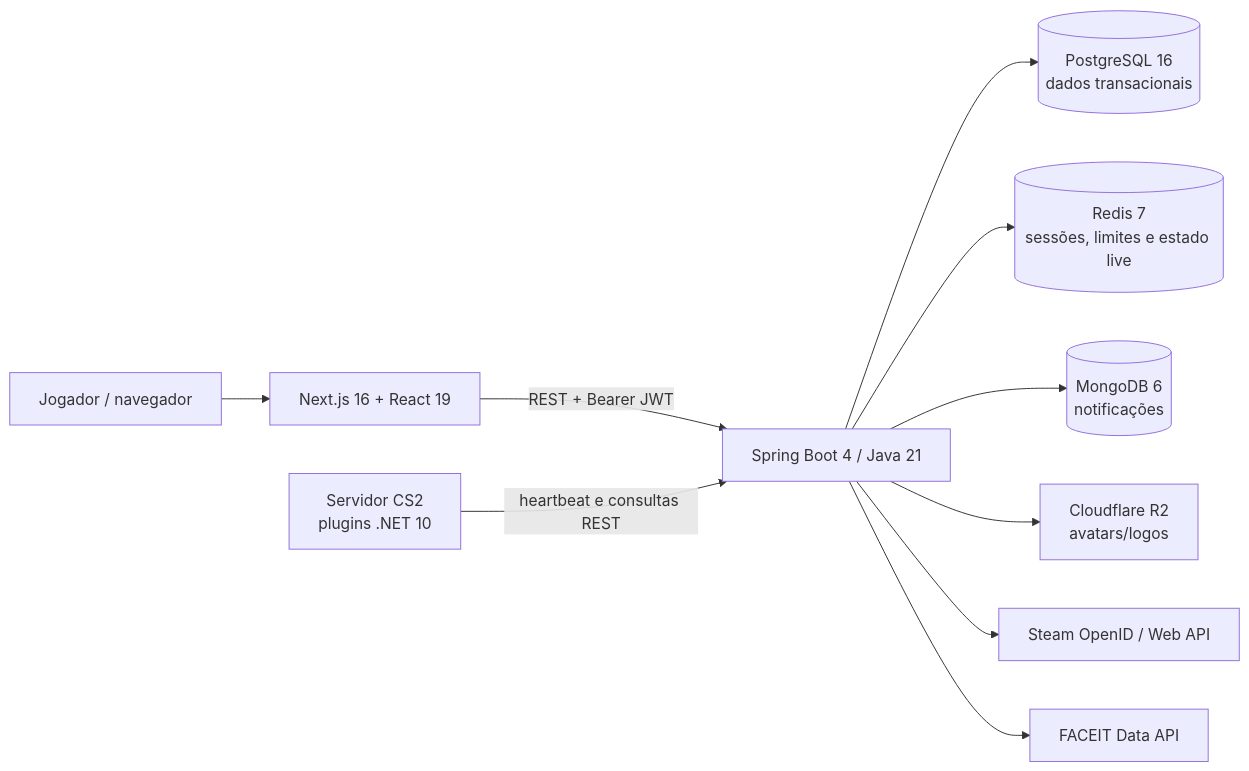
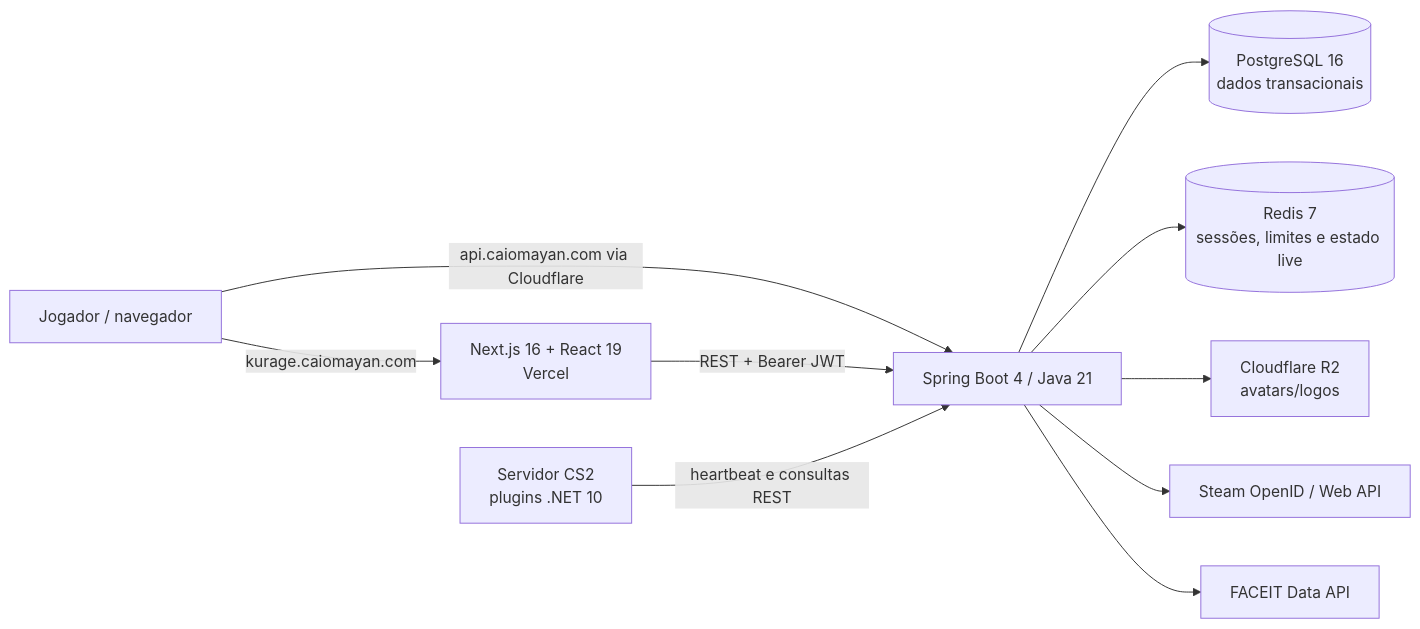
One commit to caiomayan/kurage changed the diagram in README.md. Above: the diagram before and after it, drawn with Mermaid. The commit also changed other lines of this file and 289 other files, not shown here.

````diff
--- a/README.md
+++ b/README.md
@@ -39,12 +41,12 @@
 ```mermaid
 flowchart LR
-    U[Jogador / navegador] --> FE[Next.js 16 + React 19]
+    U[Jogador / navegador] -->|kurage.caiomayan.com| FE[Next.js 16 + React 19<br/>Vercel]
+    U -->|api.caiomayan.com via Cloudflare| API
     FE -->|REST + Bearer JWT| API[Spring Boot 4 / Java 21]
     GS[Servidor CS2<br/>plugins .NET 10] -->|heartbeat e consultas REST| API
     API --> PG[(PostgreSQL 16<br/>dados transacionais)]
     API --> RD[(Redis 7<br/>sessões, limites e estado live)]
-    API --> MG[(MongoDB 6<br/>notificações)]
     API --> R2[Cloudflare R2<br/>avatars/logos]
     API --> ST[Steam OpenID / Web API]
     API --> FA[FACEIT Data API]
 ```
````
